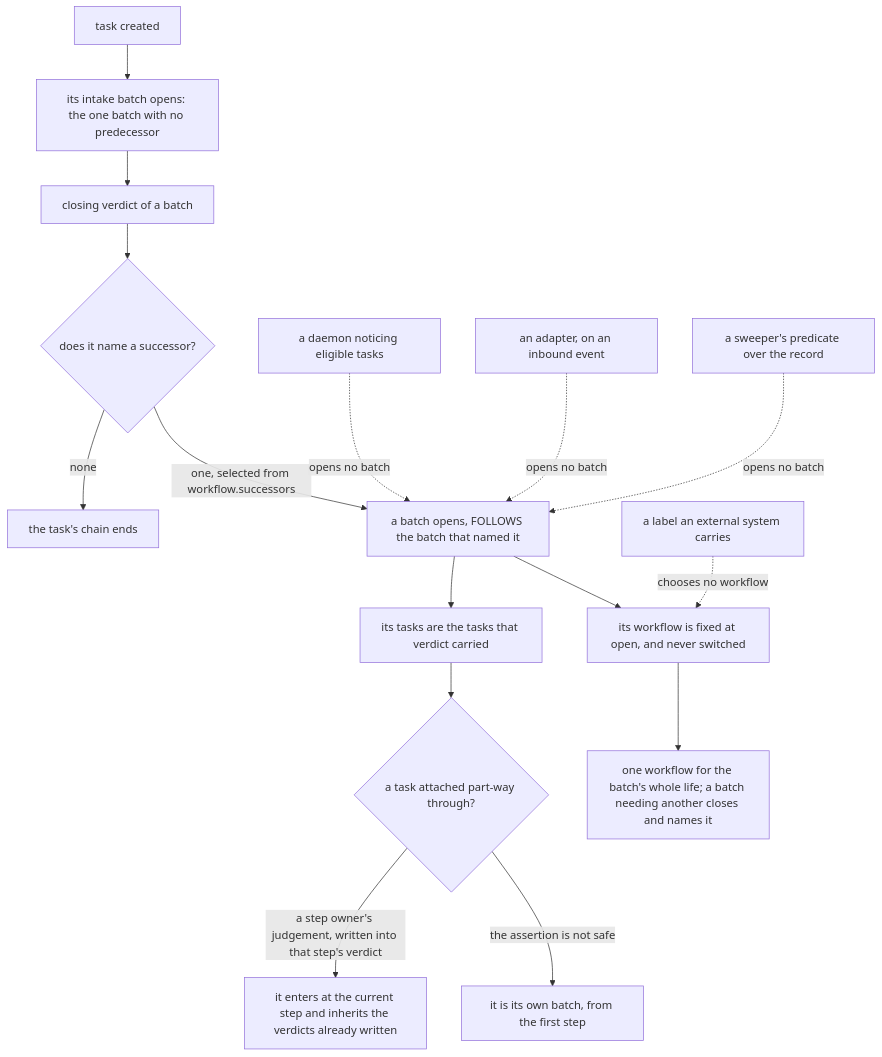
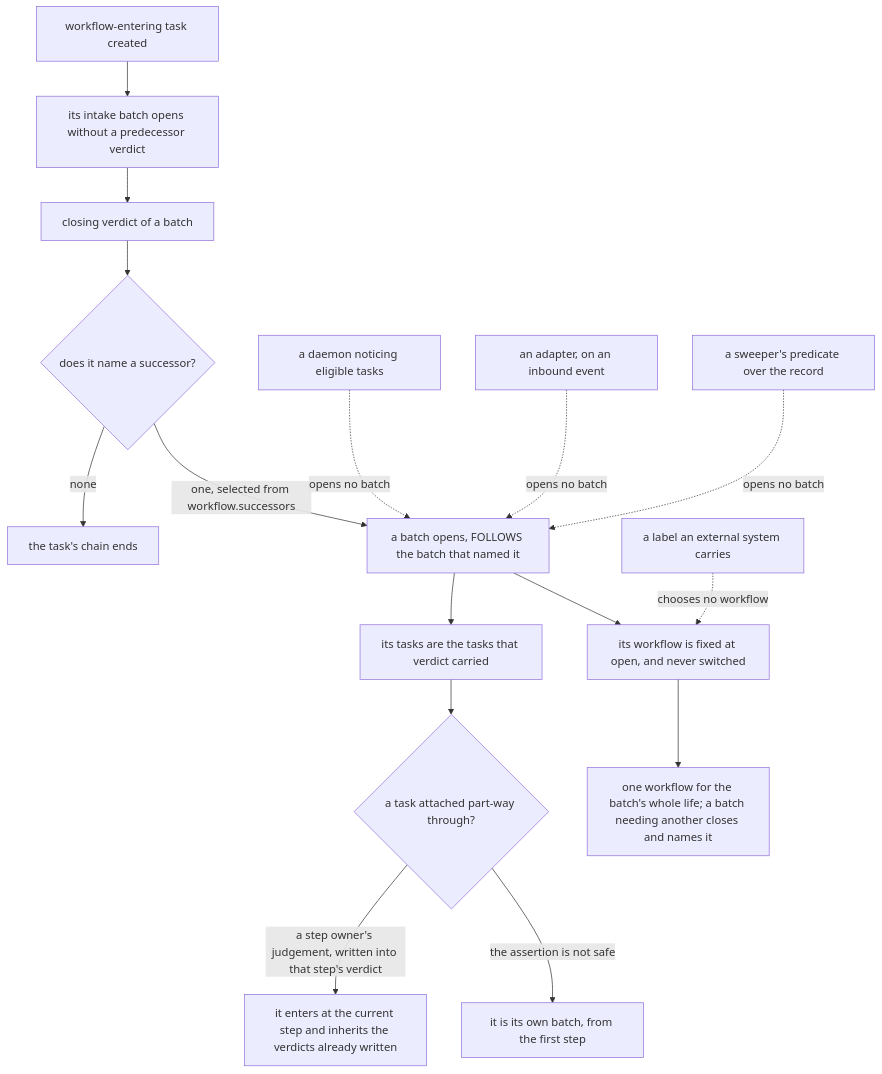
The diagram in docs/foundation/work_model.md (markmhendrickson/ateles), drawn with Mermaid before and after one commit. The commit also changed other lines of this file and 12 other files, not shown here.

````diff
--- a/docs/foundation/work_model.md
+++ b/docs/foundation/work_model.md
@@ -875,18 +883,18 @@
 ```mermaid
 flowchart TD
-    CR["task created"] --> IB["its intake batch opens: the one batch with no predecessor"]
+    CR["workflow-entering task created"] --> IB["its intake batch opens without a predecessor verdict"]
     IB --> CS["closing verdict of a batch"]
     CS --> SEL{"does it name a successor?"}
     SEL -->|"none"| END["the task's chain ends"]
     SEL -->|"one, selected from workflow.successors"| OPEN["a batch opens, FOLLOWS the batch that named it"]
     OPEN --> W["its workflow is fixed at open, and never switched"]
     OPEN --> TASKS["its tasks are the tasks that verdict carried"]
     TASKS --> MID{"a task attached part-way through?"}
     MID -->|"a step owner's judgement, written into that step's verdict"| INH["it enters at the current step and inherits the verdicts already written"]
     MID -->|"the assertion is not safe"| OWN["it is its own batch, from the first step"]
     W --> LIFE["one workflow for the batch's whole life; a batch needing another closes and names it"]
     X1["a daemon noticing eligible tasks"] -.->|"opens no batch"| OPEN
     X2["an adapter, on an inbound event"] -.->|"opens no batch"| OPEN
     X3["a sweeper's predicate over the record"] -.->|"opens no batch"| OPEN
     X4["a label an external system carries"] -.->|"chooses no workflow"| W
 ```
````
